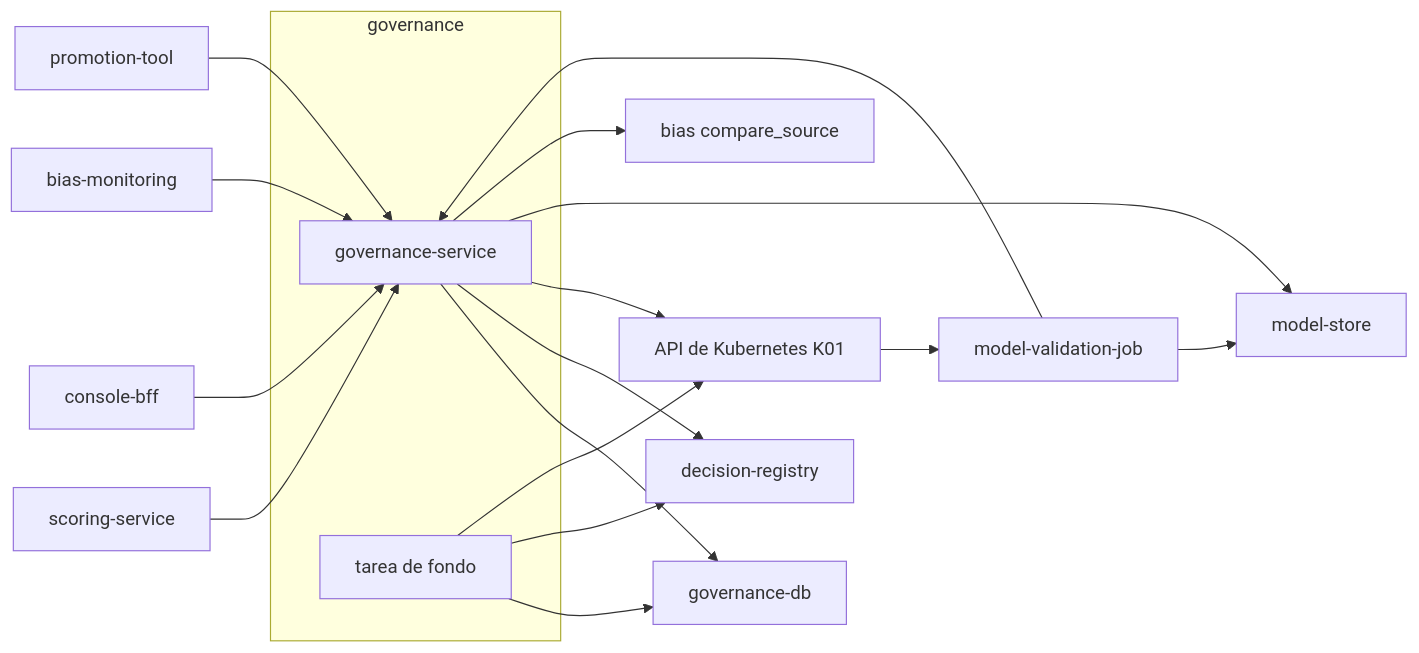
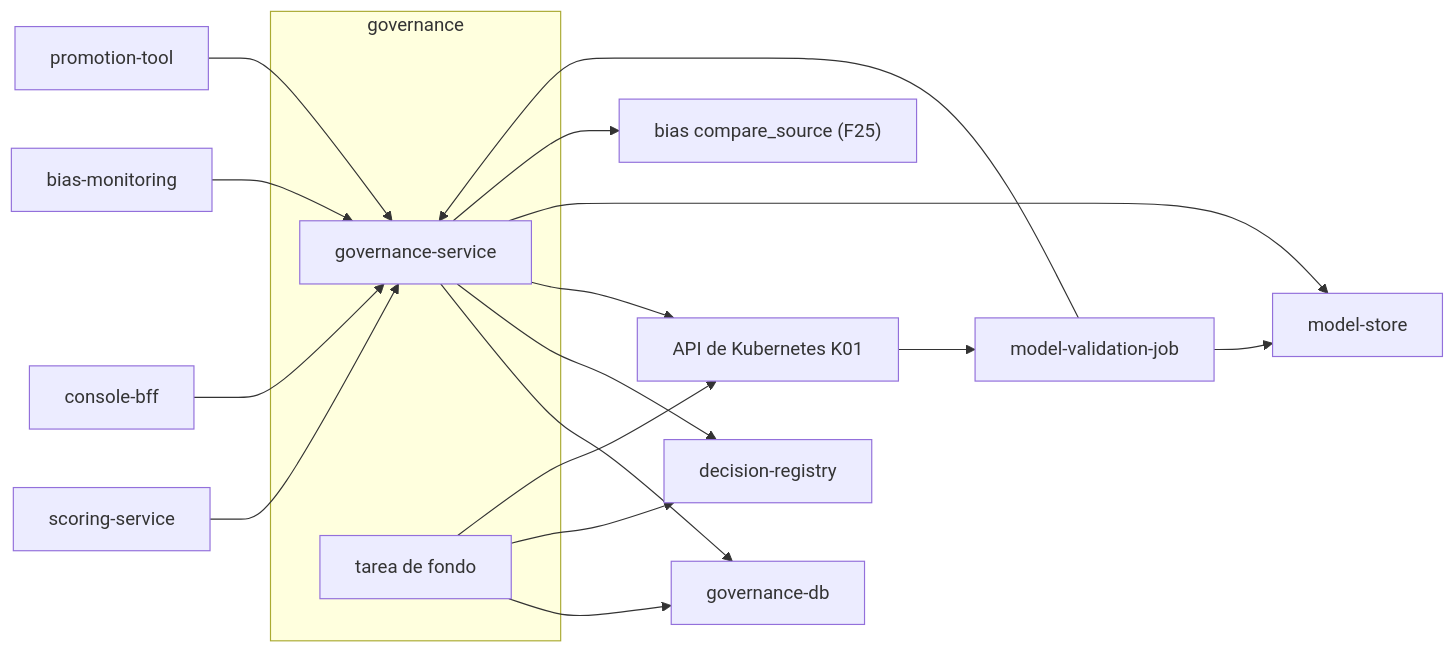
The diagram in vectra-risk/aidlc-docs/construction/governance/nfr-design/logical-components.md (jjlloobb/topicos-especiales-credito-de-vivienda), drawn with Mermaid before and after one commit. The commit also changed other lines of this file and 96 other files, not shown here.

````diff
--- a/vectra-risk/aidlc-docs/construction/governance/nfr-design/logical-components.md
+++ b/vectra-risk/aidlc-docs/construction/governance/nfr-design/logical-components.md
@@ -22,33 +22,33 @@
 ```mermaid
 flowchart LR
     scoring["scoring-service"]
     bff["console-bff"]
     bias["bias-monitoring"]
     tool["promotion-tool"]
     subgraph gov["governance"]
         svc["governance-service"]
         bg["tarea de fondo"]
     end
     db["governance-db"]
     registry["decision-registry"]
     k8s["API de Kubernetes K01"]
     job["model-validation-job"]
     store["model-store"]
-    biassvc["bias compare_source"]
+    biassvc["bias compare_source (F25)"]
 
     scoring --> svc
     bff --> svc
     bias --> svc
     tool --> svc
     svc --> db
     bg --> db
     svc --> registry
     bg --> registry
     svc --> k8s
     bg --> k8s
     k8s --> job
     job --> svc
     job --> store
     svc --> store
     svc --> biassvc
 ```
````
